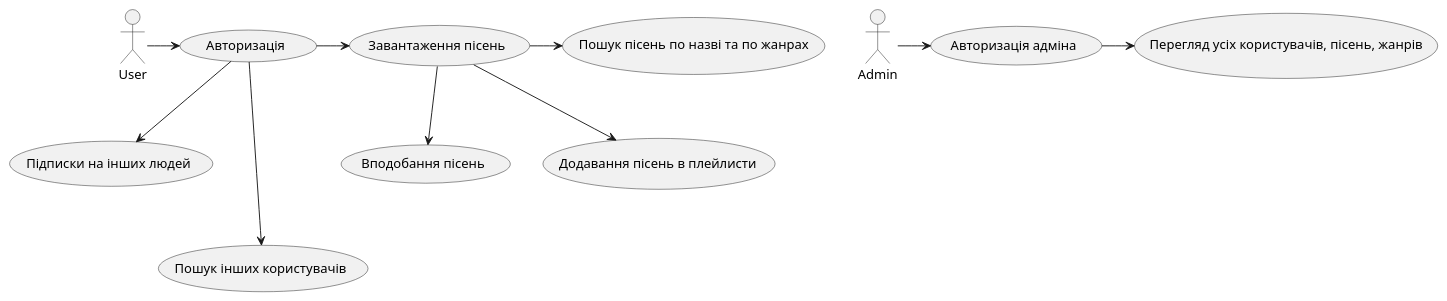
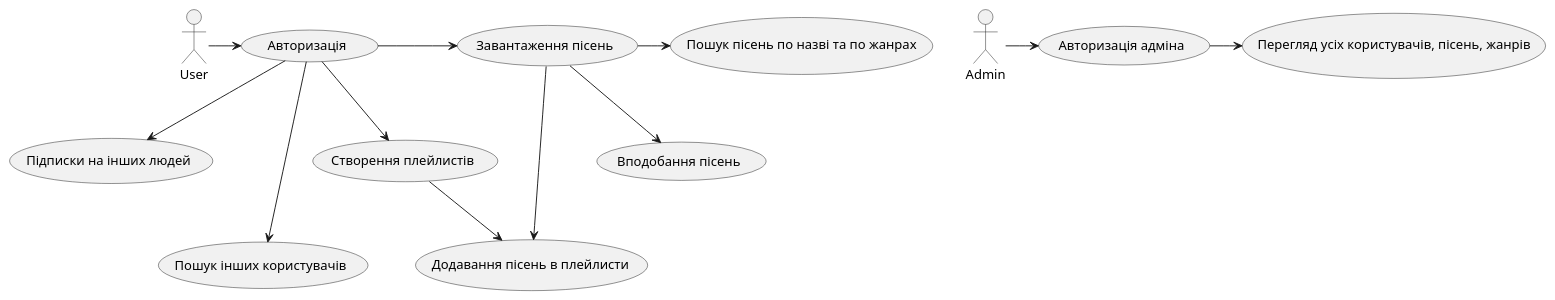
The diagram in uml/UseCase.puml (IvanMi773/music-service-backend), drawn with PlantUML before and after one commit. The commit also changed 10 other files, not shown here.

Commit message:
diagram update

```diff
--- a/uml/UseCase.puml
+++ b/uml/UseCase.puml
@@ -1,16 +1,18 @@
 @startuml
 'https://plantuml.com/use-case-diagram
 
 User -> (Авторизація)
 (Авторизація) -> (Завантаження пісень)
 (Авторизація) --> (Підписки на інших людей)
 (Авторизація) ---> (Пошук інших користувачів)
 (Завантаження пісень) -> (Пошук пісень по назві та по жанрах)
 (Завантаження пісень) --> (Вподобання пісень)
-(Завантаження пісень) --> (Додавання пісень в плейлисти)
+(Авторизація) --> (Створення плейлистів)
+(Створення плейлистів) --> (Додавання пісень в плейлисти)
+(Завантаження пісень) -> (Додавання пісень в плейлисти)
 
 Admin -> (Авторизація адміна)
 (Авторизація адміна) -> (Перегляд усіх користувачів, пісень, жанрів)
 
 
 @enduml
```
